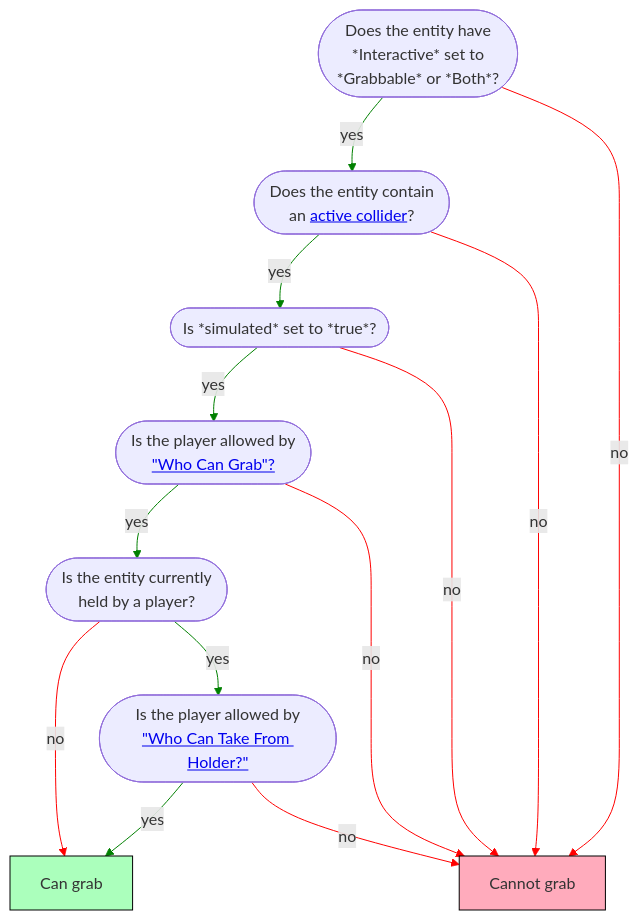
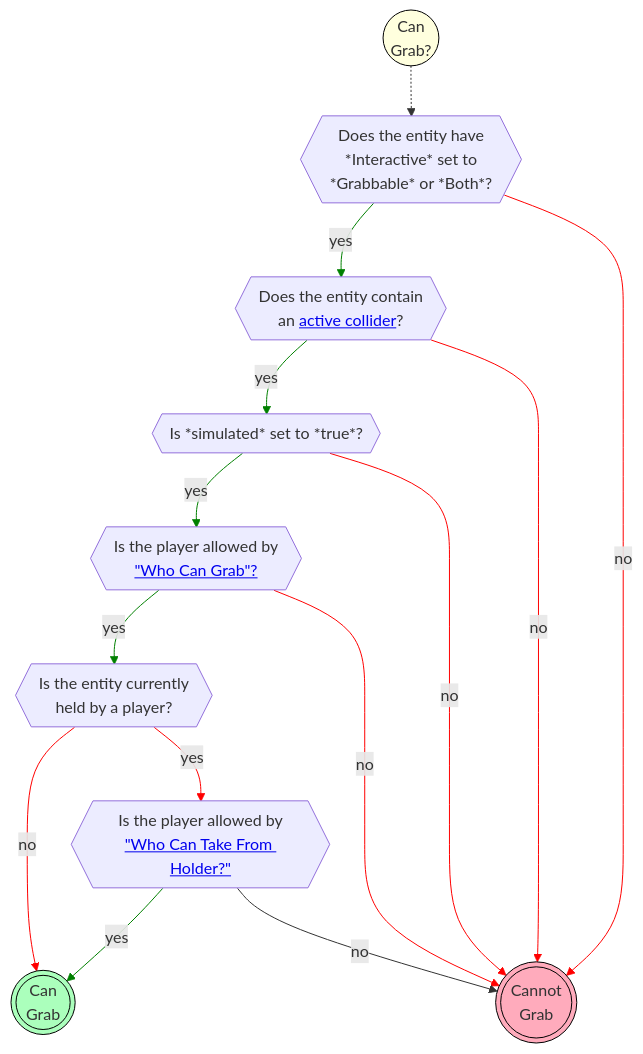
The sixth of 8 diagrams in HorizonTechnicalDoc.md (MHCPCreators/horizonCreatorManual), drawn with Mermaid before and after one commit. The commit also changed other lines of this file, not shown here.

Commit message:
Diagram tweaks

````diff
--- a/HorizonTechnicalDoc.md
+++ b/HorizonTechnicalDoc.md
@@ -1884,28 +1898,31 @@
 ```mermaid
 flowchart TD
     style fail fill:#ffabbc,stroke:black;
     style success fill:#abffbc,stroke:black;
+    style start fill:#ffffde,stroke:black;
 
-    isHeld -- no --> success[Can grab]
+    start@{ shape: circle, label: "Can<br/>Grab?" } -.-> isInteractive@{ shape: dbl-circ, label: "Can<br/>Grab" }
 
-    isInteractive([Does the entity have<br/>*Interactive* set to<br/> *Grabbable* or *Both*?]) -- yes --> activeCollider([Does the entity contain<br/>an <a href="#collidability">active collider</a>?])
+    isHeld -- no --> success@{ shape: dbl-circ, label: "Can<br/>Grab" }
 
-    isInteractive -- no --> fail[Cannot grab]
+    isInteractive{{Does the entity have<br/>*Interactive* set to<br/> *Grabbable* or *Both*?}} -- yes --> activeCollider{{Does the entity contain<br/>an <a href="#collidability">active collider</a>?}}
 
-    activeCollider -- yes --> simulated([Is *simulated* set to *true*?])
+    isInteractive -- no --> fail@{ shape: dbl-circ, label: "Cannot<br/>Grab" }
+
+    activeCollider -- yes --> simulated{{Is *simulated* set to *true*?}}
     activeCollider -- no --> fail
 
-    simulated -- yes --> canGrab([Is the player allowed by<br/><a href="#setting-who-can-grab">&quot;Who Can Grab&quot;?</a>])
+    simulated -- yes --> canGrab{{Is the player allowed by<br/><a href="#setting-who-can-grab">&quot;Who Can Grab&quot;?</a>}}
     simulated -- no --> fail
 
-    canGrab -- yes --> isHeld([Is the entity currently<br/>held by a player?])
+    canGrab -- yes --> isHeld{{Is the entity currently<br/>held by a player?}}
     canGrab -- no --> fail
 
-    isHeld -- yes --> canTake([Is the player allowed by<br/><a href="#setting-who-can-take-from-holder">&quot;Who Can Take From Holder?&quot;</a>])
+    isHeld -- yes --> canTake{{Is the player allowed by<br/><a href="#setting-who-can-take-from-holder">&quot;Who Can Take From Holder?&quot;</a>}}
 
     canTake -- yes --> success
     canTake -- no --> fail
 
-    linkStyle 1,3,5,7,9,10 stroke:green,stroke-width:1px;
-    linkStyle 0,2,4,6,8,11 stroke:red,stroke-width:1px;
+    linkStyle 1,3,5,7,9,10 stroke:red,stroke-width:1px;
+    linkStyle 2,4,6,8,11 stroke:green,stroke-width:1px;
 ```
````
